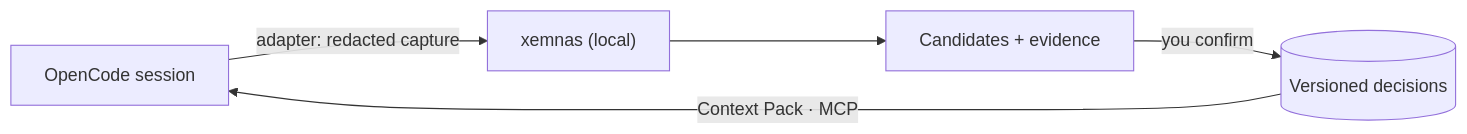
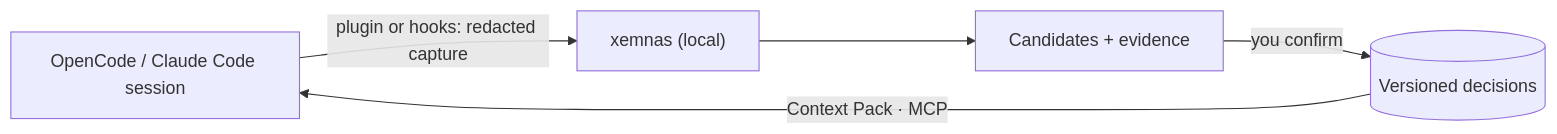
One commit to pablozr/xemnas changed the diagram in README.md. Above: the diagram before and after it, drawn with Mermaid. The commit also changed other lines of this file, not shown here.

First line of the commit message:
docs(readme): summary line, Claude Code capture, project map and ten languages

````diff
--- a/README.md
+++ b/README.md
@@ -71,7 +84,7 @@
 ```mermaid
 flowchart LR
-    A["OpenCode session"] -->|"adapter: redacted capture"| B["xemnas (local)"]
+    A["OpenCode / Claude Code session"] -->|"plugin or hooks: redacted capture"| B["xemnas (local)"]
     B --> C["Candidates + evidence"]
     C -->|"you confirm"| D[("Versioned decisions")]
     D -->|"Context Pack · MCP"| A
 ```
````
